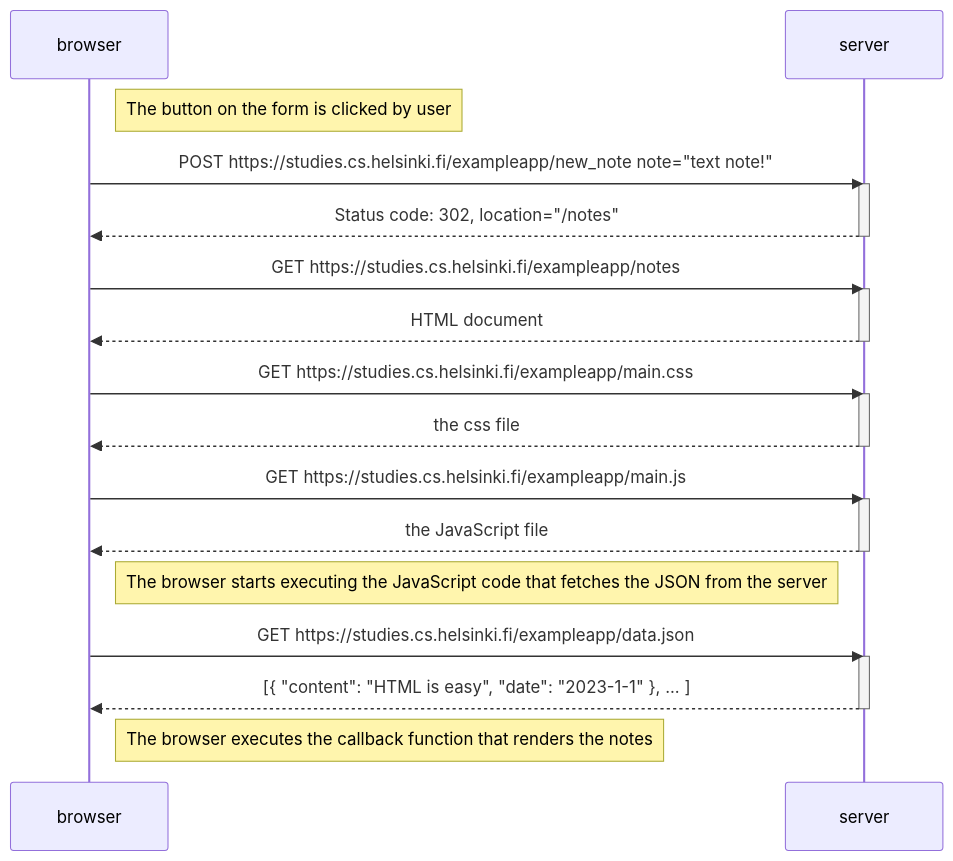
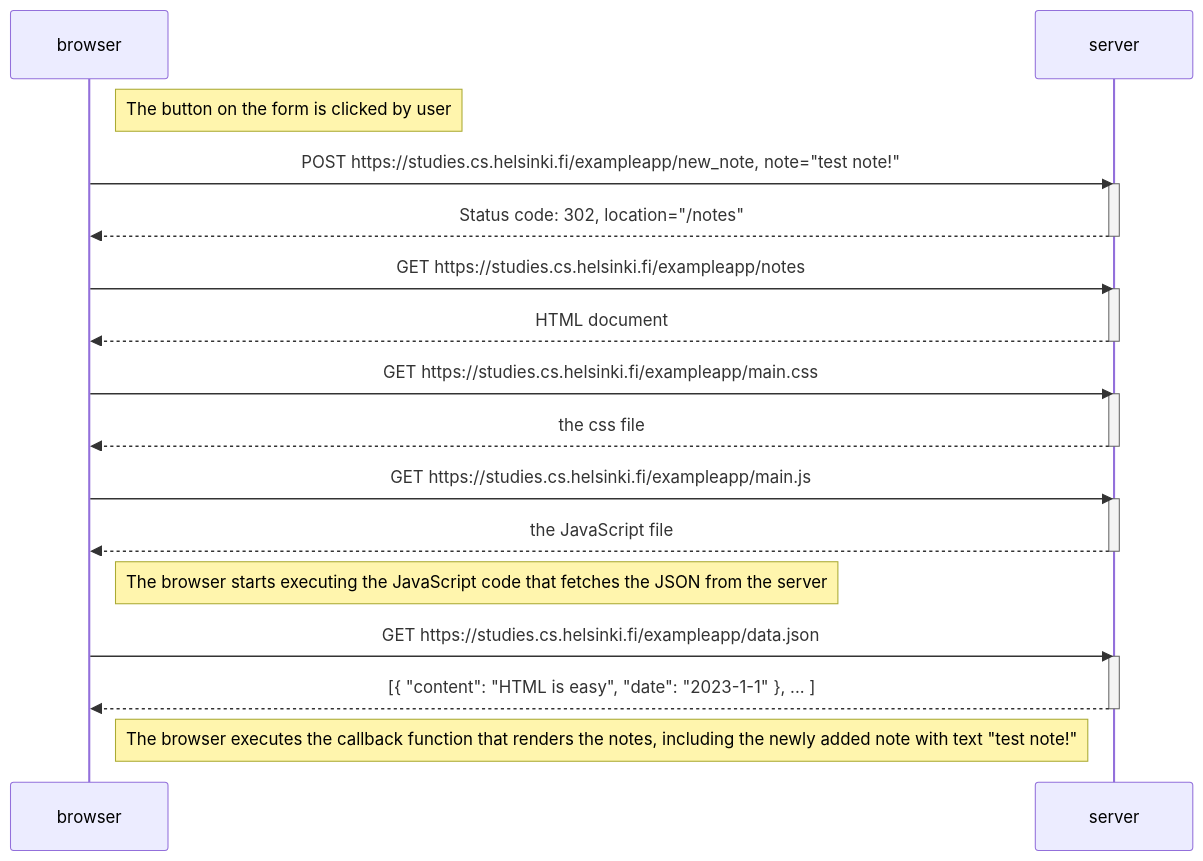
Before and after one commit to esbrown/full_stack_open_modern_web_development: the diagram in part0/0.4.md, drawn with Mermaid.

Commit message:
minor updates to 0.4 mermaid diagram

````diff
--- a/part0/0.4.md
+++ b/part0/0.4.md
@@ -2,36 +2,36 @@
 ```mermaid
 sequenceDiagram
     participant browser
     participant server
 
     Note right of browser: The button on the form is clicked by user
 
-    browser->>server: POST https://studies.cs.helsinki.fi/exampleapp/new_note note="text note!"
+    browser->>server: POST https://studies.cs.helsinki.fi/exampleapp/new_note, note="test note!"
     activate server
     server-->>browser: Status code: 302, location="/notes"
     deactivate server
 
     browser->>server: GET https://studies.cs.helsinki.fi/exampleapp/notes
     activate server
     server-->>browser: HTML document
     deactivate server
 
     browser->>server: GET https://studies.cs.helsinki.fi/exampleapp/main.css
     activate server
     server-->>browser: the css file
     deactivate server
 
     browser->>server: GET https://studies.cs.helsinki.fi/exampleapp/main.js
     activate server
     server-->>browser: the JavaScript file
     deactivate server
 
     Note right of browser: The browser starts executing the JavaScript code that fetches the JSON from the server
 
     browser->>server: GET https://studies.cs.helsinki.fi/exampleapp/data.json
     activate server
     server-->>browser: [{ "content": "HTML is easy", "date": "2023-1-1" }, ... ]
     deactivate server
 
-    Note right of browser: The browser executes the callback function that renders the notes
+    Note right of browser: The browser executes the callback function that renders the notes, including the newly added note with text "test note!"
 ```
````
